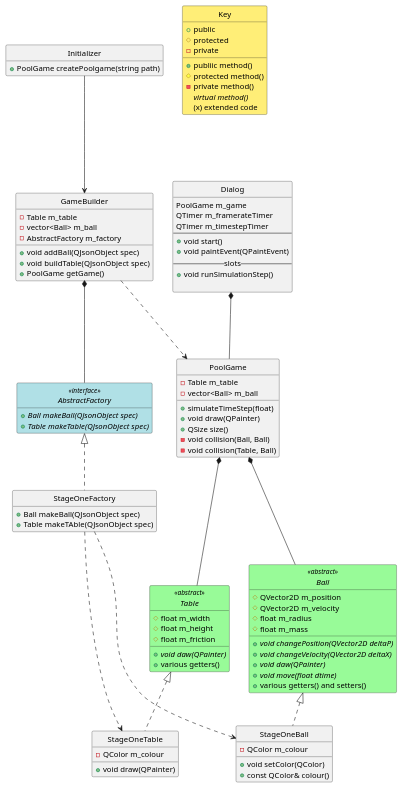
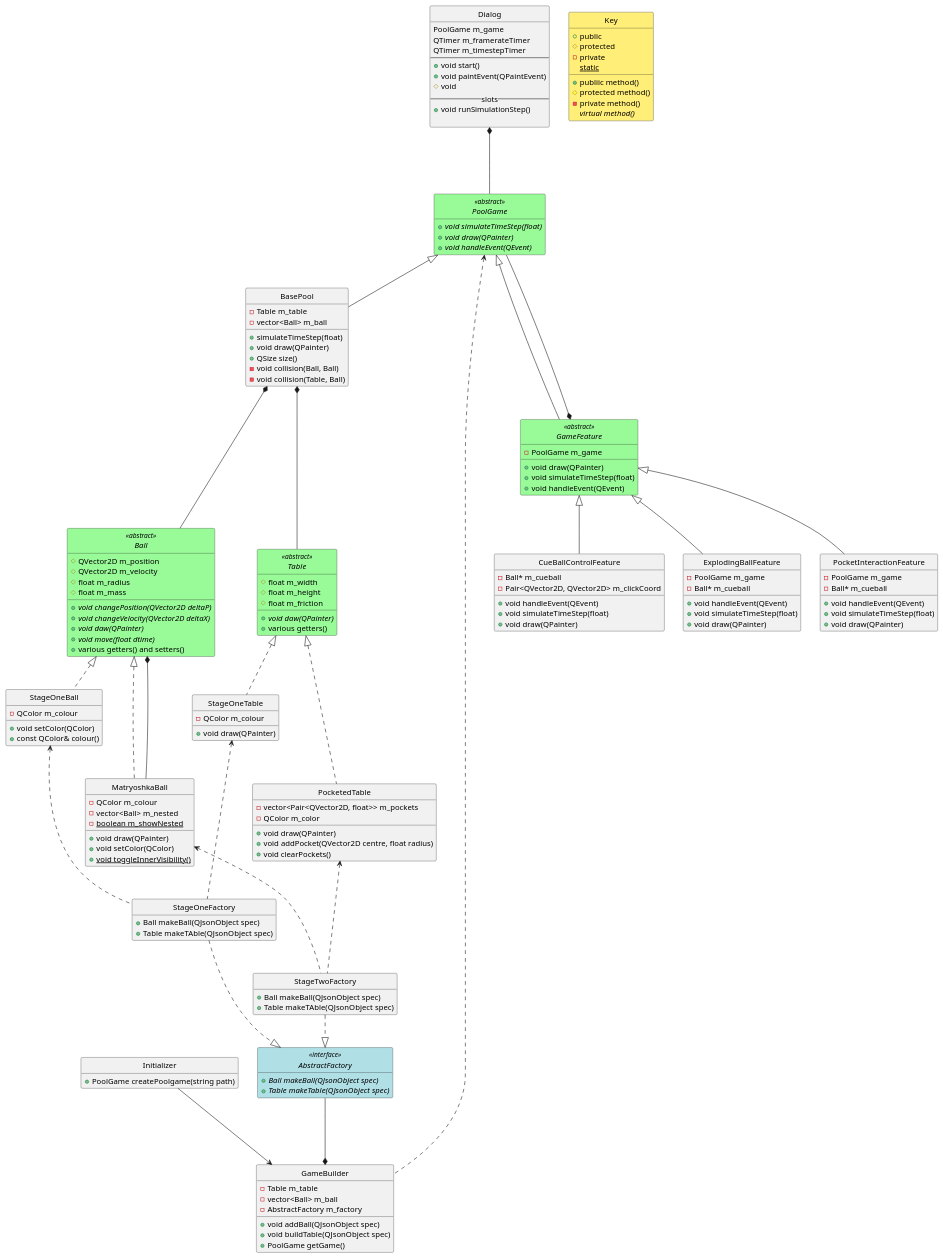
One commit to KittenHero/QtPoolGame changed the diagram in class.puml. Above: the diagram before and after it, drawn with PlantUML.

Commit message:
added features and shit

```diff
--- a/class.puml
+++ b/class.puml
@@ -1,119 +1,199 @@
 @startuml
 
-interface AbstractFactory <<interface>> {
-    +{abstract} Ball makeBall(QJsonObject spec)
-    +{abstract} Table makeTable(QJsonObject spec)
-}
-
-class StageOneFactory {
-    +Ball makeBall(QJsonObject spec)
-    +Table makeTAble(QJsonObject spec)
+class Initializer {
+    +PoolGame createPoolgame(string path)
 }
 
 class GameBuilder {
     -Table m_table
     -vector<Ball> m_ball
     -AbstractFactory m_factory
     
     +void addBall(QJsonObject spec)
     +void buildTable(QJsonObject spec)
     +PoolGame getGame()
 }
 
-class Initializer {
-    +PoolGame createPoolgame(string path)
+interface AbstractFactory <<interface>> {
+    +{abstract} Ball makeBall(QJsonObject spec)
+    +{abstract} Table makeTable(QJsonObject spec)
+}
+
+class StageOneFactory {
+    +Ball makeBall(QJsonObject spec)
+    +Table makeTAble(QJsonObject spec)
+}
+
+class StageTwoFactory {
+    +Ball makeBall(QJsonObject spec)
+    +Table makeTAble(QJsonObject spec)
 }
 
 class Dialog {
     PoolGame m_game
     QTimer m_framerateTimer
     QTimer m_timestepTimer
     --
     +void start()
     +void paintEvent(QPaintEvent)
+    #void
     --slots--
     +void runSimulationStep()
     
 }
 
-class PoolGame {
+abstract PoolGame <<abstract>> {
+    +{abstract} void simulateTimeStep(float)
+    +{abstract} void draw(QPainter)
+    +{abstract} void handleEvent(QEvent)
+}
+
+class BasePool {
     -Table m_table
     -vector<Ball> m_ball
 
     +simulateTimeStep(float)
     +void draw(QPainter)
     +QSize size()
     -void collision(Ball, Ball)
     -void collision(Table, Ball)
+}
+
+abstract GameFeature <<abstract>> {
+    -PoolGame m_game
+    +void draw(QPainter)
+    +void simulateTimeStep(float)
+    +void handleEvent(QEvent)
+}
+
+class CueBallControlFeature {
+    -Ball* m_cueball
+    -Pair<QVector2D, QVector2D> m_clickCoord
+    +void handleEvent(QEvent)
+    +void simulateTimeStep(float)
+    +void draw(QPainter)
+}
+
+class ExplodingBallFeature {
+    -PoolGame m_game
+    -Ball* m_cueball
+    +void handleEvent(QEvent)
+    +void simulateTimeStep(float)
+    +void draw(QPainter)
+}
+
+class PocketInteractionFeature {
+    -PoolGame m_game
+    -Ball* m_cueball
+    +void handleEvent(QEvent)
+    +void simulateTimeStep(float)
+    +void draw(QPainter)
 }
 
 abstract class Ball <<abstract>> {
     #QVector2D m_position
     #QVector2D m_velocity
     #float m_radius
     #float m_mass
     
     +{abstract} void changePosition(QVector2D deltaP)
     +{abstract} void changeVelocity(QVector2D deltaX)
     +{abstract} void daw(QPainter)
     +{abstract} void move(float dtime)
     +various getters() and setters()
 }
 
 abstract class Table <<abstract>> {
     #float m_width
     #float m_height
     #float m_friction
     
     +{abstract} void daw(QPainter)
     +various getters()
 }
 
 class StageOneBall {
     -QColor m_colour
     
     +void setColor(QColor)
     +const QColor& colour()
 }
 
+class MatryoshkaBall {
+    -QColor m_colour
+    -vector<Ball> m_nested
+    -{static} boolean m_showNested
+    
+    +void draw(QPainter)
+    +void setColor(QColor)
+    +{static} void toggleInnerVisibility()
+}
+
 class StageOneTable {
     -QColor m_colour
     +void draw(QPainter)
 }
 
+class PocketedTable {
+    -vector<Pair<QVector2D, float>> m_pockets
+    -QColor m_color
+    
+    +void draw(QPainter)
+    +void addPocket(QVector2D centre, float radius)
+    +void clearPockets()
+}
+
 Initializer     --->    GameBuilder
 
-GameBuilder     *---    AbstractFactory
-GameBuilder     ...>    PoolGame
+Dialog          *---    PoolGame
+BasePool        *---    Table
+BasePool        *---    Ball
 
-Dialog          *---    PoolGame
-PoolGame        *---    Table
-PoolGame        *---    Ball
+PoolGame        <|--    BasePool
+
+PoolGame        <|--    GameFeature
+GameFeature     *---    PoolGame
+
+GameFeature     <|--    CueBallControlFeature
+GameFeature     <|--    PocketInteractionFeature
+GameFeature     <|--    ExplodingBallFeature
+
 Table           <|..    StageOneTable
+Table           <|..    PocketedTable
 Ball            <|..    StageOneBall
+Ball            <|..    MatryoshkaBall
+MatryoshkaBall  ---*    Ball
 
-AbstractFactory <|..    StageOneFactory
-StageOneFactory ...>    StageOneBall
-StageOneFactory ...>    StageOneTable
+AbstractFactory ---*    GameBuilder
+PoolGame        <...    GameBuilder
+
+StageOneFactory ..|>    AbstractFactory
+StageTwoFactory ..|>    AbstractFactory
+
+StageOneBall    <...    StageOneFactory
+StageOneTable   <...    StageOneFactory
+
+PocketedTable   <...    StageTwoFactory
+MatryoshkaBall  <...    StageTwoFactory
 
 
 class Key #ffee77 {
 	+public
 	#protected
 	-private
 	+publiic method()
 	#protected method()
 	-private method()
 	{abstract} virtual method()
-	(x) extended code
+	{static} static
 }
 
 skinparam Class {
 	BackgroundColor<<abstract>> PaleGreen
 	BackgroundColor<<interface>> PowderBlue
 }
 
 hide circle
 hide empty members
 
 @enduml
```
